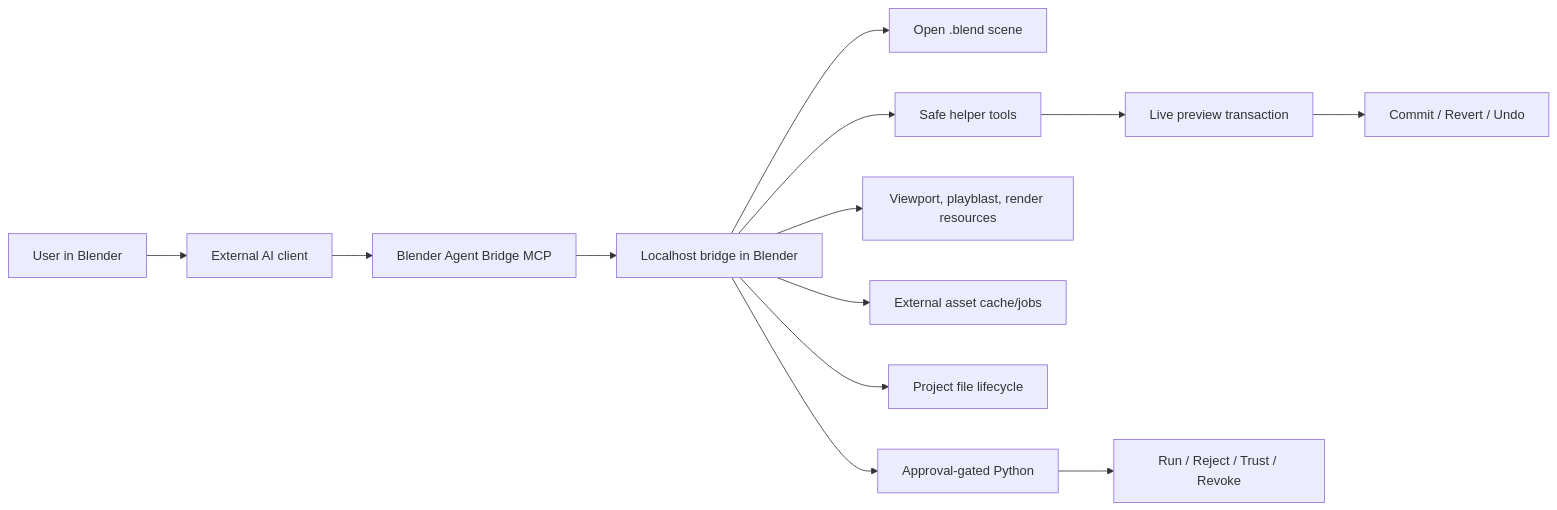
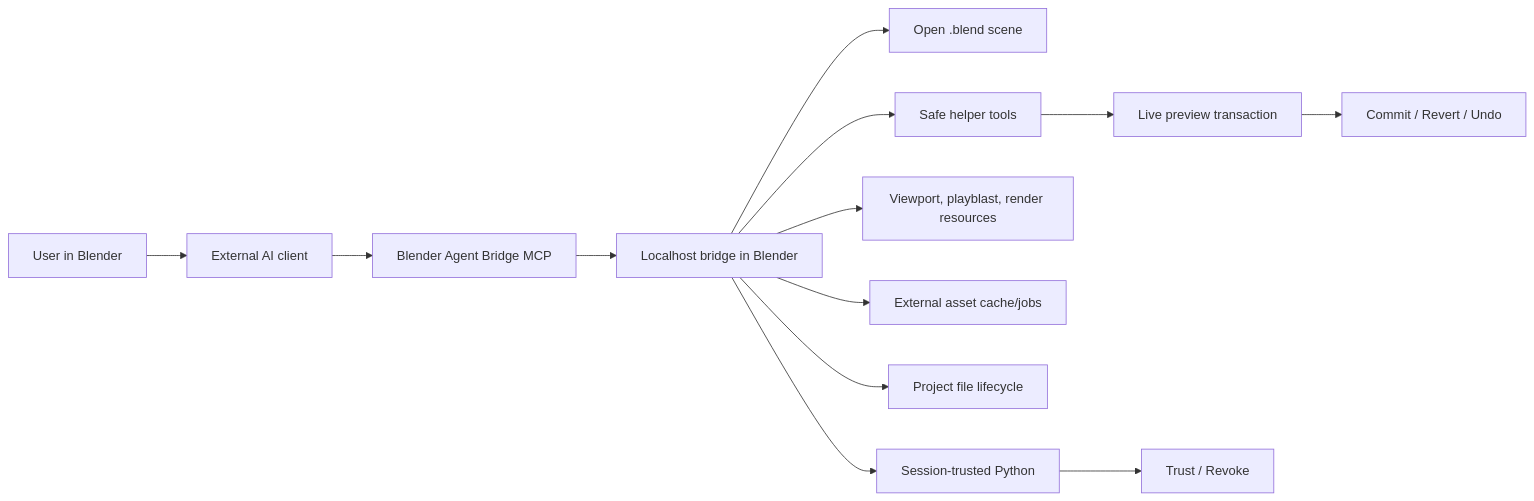
Before and after one commit to CallMeJones/blender-agent-bridge: the diagram in README.md, drawn with Mermaid. The commit also changed other lines of this file and 39 other files, not shown here.

````diff
--- a/README.md
+++ b/README.md
@@ -175,15 +175,15 @@
 ```mermaid
 flowchart LR
   user["User in Blender"] --> agent["External AI client"]
   agent --> mcp["Blender Agent Bridge MCP"]
   mcp --> bridge["Localhost bridge in Blender"]
   bridge --> scene["Open .blend scene"]
   bridge --> helpers["Safe helper tools"]
   bridge --> evidence["Viewport, playblast, render resources"]
   bridge --> assets["External asset cache/jobs"]
   bridge --> files["Project file lifecycle"]
-  bridge --> scripts["Approval-gated Python"]
+  bridge --> scripts["Session-trusted Python"]
   helpers --> preview["Live preview transaction"]
   preview --> commit["Commit / Revert / Undo"]
-  scripts --> approve["Run / Reject / Trust / Revoke"]
+  scripts --> trust["Trust / Revoke"]
 ```
````
